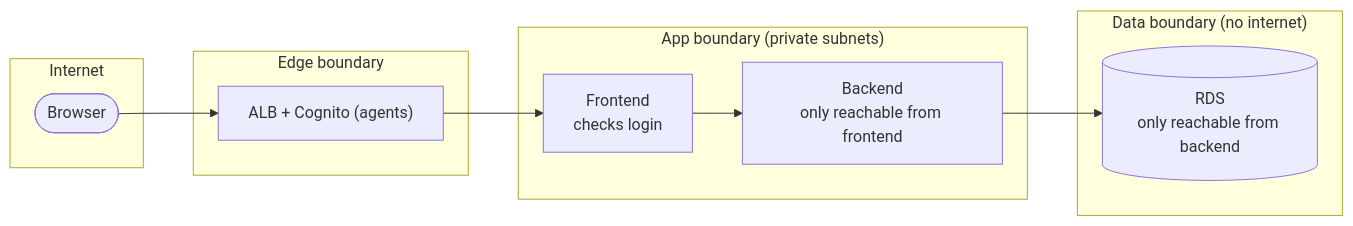
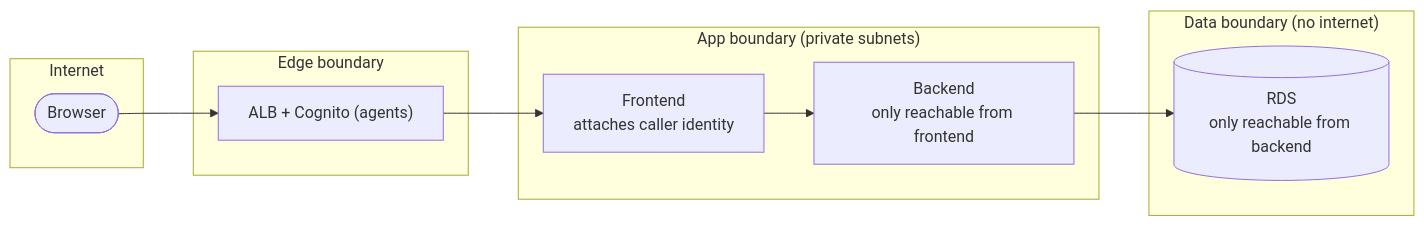
Before and after one commit to pjh4993/insurance-onboarding-assistant: the third of 3 diagrams in docs/networking.md, drawn with Mermaid. The commit also changed other lines of this file and 12 other files, not shown here.

````diff
--- a/docs/networking.md
+++ b/docs/networking.md
@@ -130,17 +135,17 @@
 ```mermaid
 flowchart LR
     subgraph internet["Internet"]
         b(["Browser"])
     end
     subgraph edgez["Edge boundary"]
         alb["ALB + Cognito (agents)"]
     end
     subgraph appz["App boundary (private subnets)"]
-        fe["Frontend<br/>checks login"]
+        fe["Frontend<br/>attaches caller identity"]
         be["Backend<br/>only reachable from frontend"]
     end
     subgraph dataz["Data boundary (no internet)"]
         rds[("RDS<br/>only reachable from backend")]
     end
     b --> alb --> fe --> be --> rds
 ```
````
